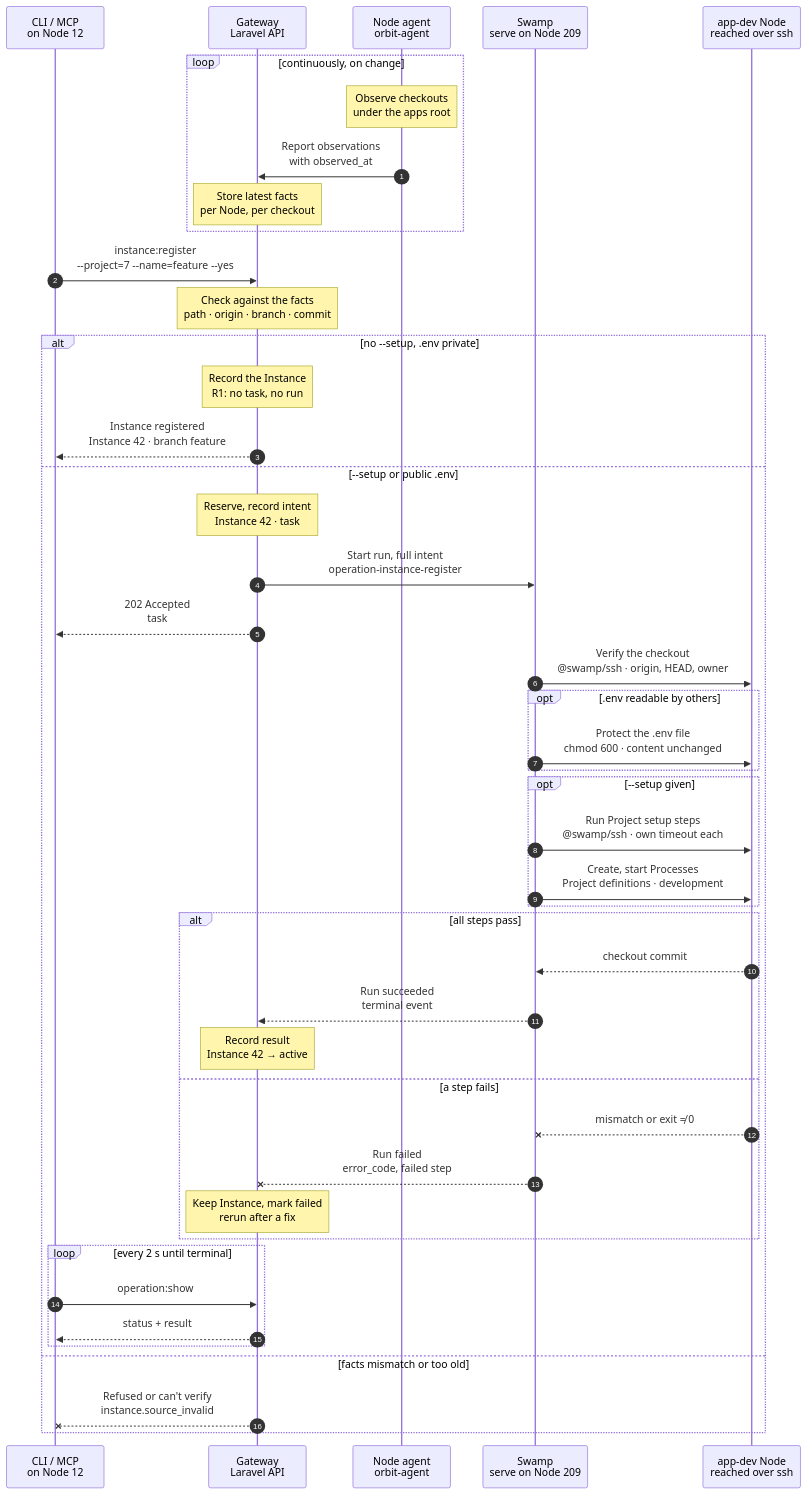
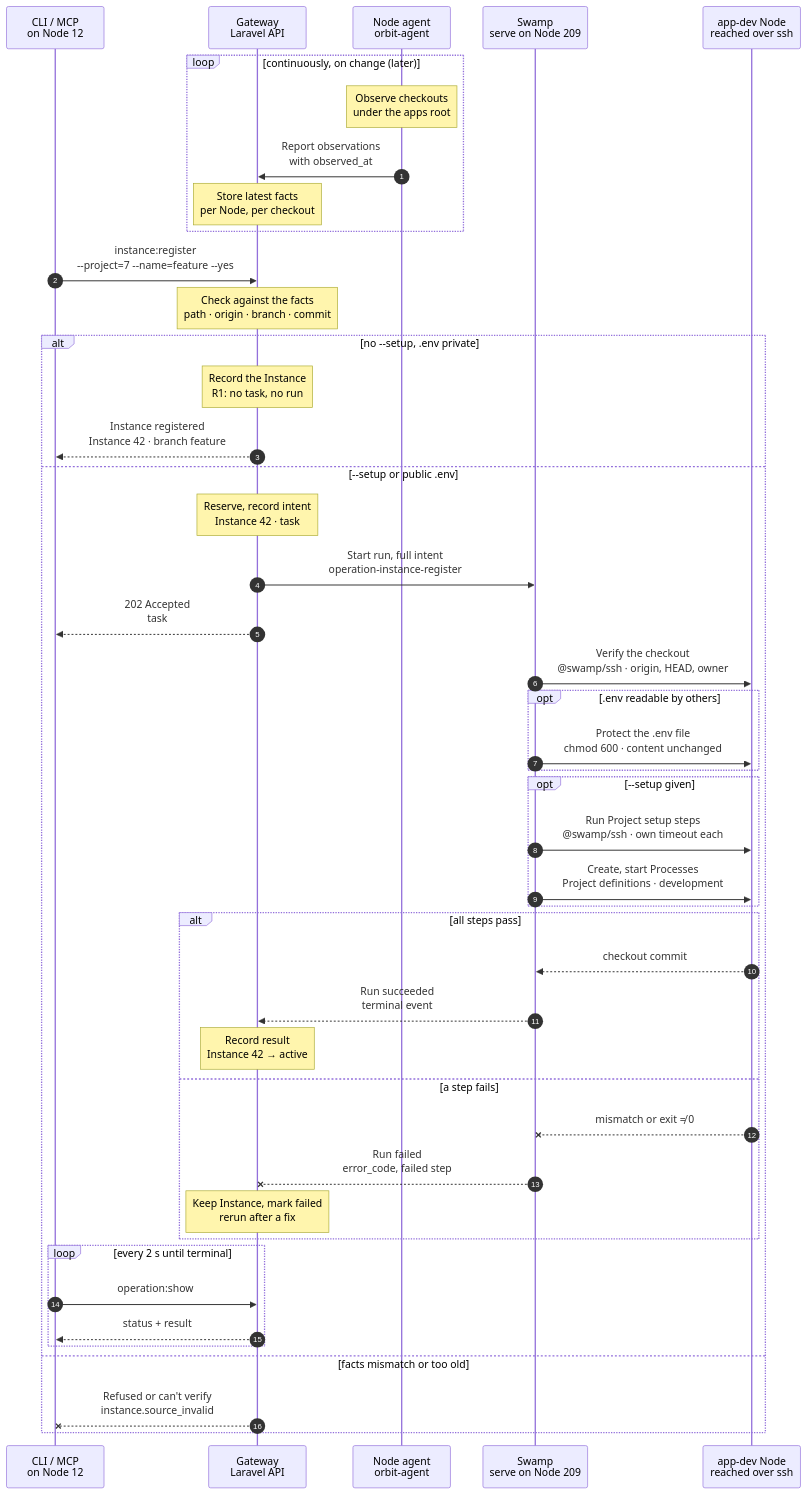
The diagram in docs/flows/instance.register.mmd (hardimpactdev/orbit), drawn with Mermaid before and after one commit. The commit also changed 2 other files, not shown here.

Commit message:
docs(flows): rename chart follows the Swamp read of HEAD; register and rename note Node agent observations as later
The CLI description matches the reference: Record an already checked-out development branch.

```diff
--- a/docs/flows/instance.register.mmd
+++ b/docs/flows/instance.register.mmd
@@ -1,156 +1,159 @@
 sequenceDiagram
   %% Target design: rule 1 (read-only from Node agent reports, like tool.adopt), R1 record-only branch, R4 Node-work branch like tool.remove; .env stays the user's file; Processes from Project definitions for development (instance.create). docs/domains/applications.md#register-an-existing-checkout.
   %% status: draft
   %% command: instance:register
   autonumber
   %% lane CLI icon=terminal pill=caller tone=gray
   %% lane GW icon=gateway pill=intent tone=blue
   %% lane A icon=server pill=observer tone=amber
   %% lane SW icon=workflow pill=executes tone=green
   %% lane N icon=server pill=target tone=amber
   participant CLI as CLI / MCP<br/>on Node 12
   participant GW as Gateway<br/>Laravel API
   participant A as Node agent<br/>orbit-agent
   participant SW as Swamp<br/>serve on Node 209
   participant N as app-dev Node<br/>reached over ssh
-  loop continuously, on change
+  loop continuously, on change (later)
     Note over A: Observe checkouts<br/>under the apps root
+    %%> Later:
+    %%> - this observation lands in the Node agent's observer pass; today the agent watches only task checkouts, at most 64 per Node
+    %%> - until then, `instance:register` keeps its Swamp read of the checkout over `@swamp/ssh`
     %%> What it observes:
     %%> - each Git checkout under `<apps-root>/<project-slug>/<name>`
     %%> - its owner, Git layout, origin, branch and `HEAD` commit, and whether it is dirty
     %%> - whether `.env` exists and who can read it
     %%> - application facts: PHP version and whether it is Laravel
     %%> Runs as:
     %%> - read-only; the Node agent never changes a Node
     A->>GW: Report observations<br/>with observed_at
     %%> What it sends:
     %%> - what changed since the last report, with the time it was observed
     Note over GW: Store latest facts<br/>per Node, per checkout
     %%> Result:
     %%> - the Gateway always has a recent picture of the checkouts on each app-dev Node
   end
   CLI->>GW: instance:register<br/>--project=7 --name=feature --yes
   %%> Command:
   %%> - `cd /fast/apps/acme/feature && orbit instance:register --project=7 --name=feature --yes`
   %%> - syntax: `--project=ID [--path=PATH] [--name=NAME] [--root=PATH] [--setup] [--yes] [--idempotency-key=KEY] [--json]`
   %%> What registering means:
   %%> - Orbit adopts a checkout that already exists, in place
   %%> - Orbit owns the source from now on; a later `instance:destroy` deletes the checkout
   %%> Confirmation:
   %%> - without `--yes`, the CLI asks for consent that names the source; the default is No
   %%> - without a terminal, or with `--json`, `--yes` is required
   %%> CLI checks first:
   %%> - the directory is a Git checkout, and its origin has no credentials
   Note over GW: Check against the facts<br/>path · origin · branch · commit
   %%> Requirements:
   %%> - the request comes from Node 12 itself; the Node that sends it receives the Instance
   %%> - Node 12 has the `app-dev` role, and Project 7 may be placed on it
   %%> - the name `feature` is free in Project 7
   %%> Checks in the agent's latest report:
   %%> - the checkout is at `/fast/apps/acme/feature` and the Node's managed user owns it
   %%> - its origin is Project 7's repository
   %%> - it is a plain checkout, not a linked worktree
   %%> - the report is fresh enough to trust
   %%> Decides:
   %%> - whether the Node needs work, or only a record
   alt no --setup, .env private
     Note over GW: Record the Instance<br/>R1: no task, no run
     %%> When:
     %%> - no `--setup`, and `.env` is absent or readable only by its owner
     %%> Result:
     %%> - Instance 42 recorded as active, with the observed branch, commit and application facts
     %%> - Git `HEAD`, the index, dirty files and `.env` stay as they are
     %%> - no Swamp run starts (R1)
     %%> Not included:
     %%> - no Process starts; use `--setup`, or `instance:setup` later
     GW-->>CLI: Instance registered<br/>Instance 42 · branch feature
     %%> What you get:
     %%> - the final result at once; there is nothing to follow
   else --setup or public .env
     Note over GW: Reserve, record intent<br/>Instance 42 · task #5131
     %%> When:
     %%> - `--setup` was given, or the agent saw a `.env` that others can read
     %%> Result:
     %%> - Instance 42 recorded as reserved, with the observed facts
     %%> - task #5131 recorded with the full intent
     %%> Today:
     %%> - `--setup` returns `operation.kind_unavailable`
     GW->>SW: Start run, full intent<br/>operation-instance-register
     %%> What it does:
     %%> - starts one Swamp run on serve (Node 209)
     %%> Inputs:
     %%> - Node 12's address and SSH host keys; the SSH identity comes from the `swamp` role
     %%> - the observed facts, the setup steps, the development Process definitions
     GW-->>CLI: 202 Accepted<br/>task #5131
     %%> What you get:
     %%> - the task number, at once
     %%> Next:
     %%> - the CLI follows the task with `operation:show`
     SW->>N: Verify the checkout<br/>@swamp/ssh · origin, HEAD, owner
     %%> What it does:
     %%> - checks that the checkout still matches the facts the Gateway admitted
     %%> Why:
     %%> - the agent's report may be a few seconds old; nothing changes on a different checkout
     %%> How:
     %%> - Git commands run with hooks and filesystem monitors off
     opt .env readable by others
       SW->>N: Protect the .env file<br/>chmod 600 · content unchanged
       %%> What it does:
       %%> - removes group and public read access from `.env`
       %%> Not included:
       %%> - never reads or changes the content; the file stays the user's
     end
     opt --setup given
       SW->>N: Run Project setup steps<br/>@swamp/ssh · own timeout each
       %%> What it does:
       %%> - runs the Project's setup steps in order, as the Node's managed user, from the repository root
       %%> Typical steps:
       %%> - `composer install`, `vp install`, `php artisan migrate`
       SW->>N: Create, start Processes<br/>Project definitions · development
       %%> What it does:
       %%> - creates the Instance's Processes from the Project's Process definitions for `development`
       %%> - starts them, for example the Vite dev server (`vp-dev`)
       %%> Why here:
       %%> - after the setup steps, because Processes need the installed dependencies
     end
     alt all steps pass
       N-->>SW: checkout commit
       %%> Returns:
       %%> - the commit that is checked out
       SW-->>GW: Run succeeded<br/>terminal event
       %%> How the Gateway learns it:
       %%> - its shared run reader sees the terminal event; Swamp never calls the Gateway
       Note over GW: Record result<br/>Instance 42 → active
       %%> Result:
       %%> - Instance 42 becomes active, with its Processes when `--setup` was given
       %%> - task #5131 succeeds
     else a step fails
       N--xSW: mismatch or exit ≠ 0
       %%> When:
       %%> - the checkout no longer matches, or a setup or Process step fails
       SW--xGW: Run failed<br/>error_code, failed step
       %%> The Gateway reads:
       %%> - which step failed and its error code
       Note over GW: Keep Instance, mark failed<br/>rerun after a fix
       %%> Result:
       %%> - Instance 42 stays, marked failed; task #5131 fails
       %%> On the Node:
       %%> - the checkout stays as it is; no rollback
       %%> Retry:
       %%> - run the same command again; it is a new task
     end
     loop every 2 s until terminal
       CLI->>GW: operation:show #5131
       %%> What it does:
       %%> - asks for the task's status every 2 seconds until it has ended
       GW-->>CLI: status + result
       %%> Returns:
       %%> - the current status, and the result once the task has ended
     end
   else facts mismatch or too old
     GW--xCLI: Refused or can't verify<br/>instance.source_invalid
     %%> When:
     %%> - the path, owner, origin or layout doesn't match, or the agent hasn't reported recently
     %%> Result:
     %%> - nothing is recorded; fix the source, or try again when the agent reports
   end
```
